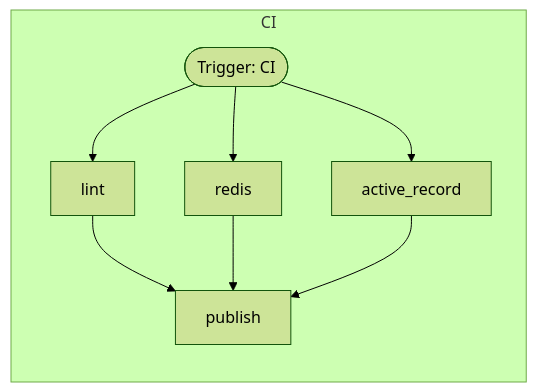
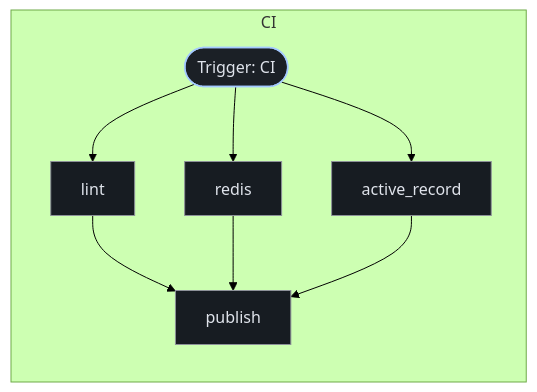
The third of 3 diagrams in exports/latest/reports/discourse-rails_failover-report.md (kumarshaz/atruss-code-atlas), drawn with Mermaid (forest theme) before and after one commit. The commit also changed other lines of this file and 331 other files, not shown here.

Commit message:
docs,ui,fix: update SDLC docs, reorder CI/CD DAG first, stylize Mermaid, and fix Arc42 pipeline topology

````diff
--- a/exports/latest/reports/discourse-rails_failover-report.md
+++ b/exports/latest/reports/discourse-rails_failover-report.md
@@ -165,17 +176,24 @@
 ```mermaid
 graph TD;
+  classDef atlasRoot fill:#004882,stroke:#a3c9ff,stroke-width:2px,color:#d3e4ff
+  classDef atlasCategory fill:#212428,stroke:#E87A48,stroke-width:1.5px,color:#dfe3eb
+  classDef atlasWorkflow fill:#1b2026,stroke:#a3c9ff,stroke-width:1.5px,color:#dfe3eb
+  classDef atlasJob fill:#171c22,stroke:#8d9199,stroke-width:1px,color:#dfe3eb
+  classDef atlasTarget fill:#005227,stroke:#8bd99b,stroke-width:1.5px,color:#a7f6b6
+  classDef atlasAlert fill:#93000a,stroke:#ffb4ab,stroke-width:1.5px,color:#ffdad6
+  classDef atlasMore fill:#252a31,stroke:#8d9199,stroke-dasharray:4 4,color:#c3c6cf
   subgraph CI_0["CI"]
     direction TB
-    0_lint["lint"]
-    0_redis["redis"]
-    0_active_record["active_record"]
-    0_publish["publish"]
+    0_lint["lint"]:::atlasJob
+    0_redis["redis"]:::atlasJob
+    0_active_record["active_record"]:::atlasJob
+    0_publish["publish"]:::atlasJob
     0_lint --> 0_publish
     0_redis --> 0_publish
     0_active_record --> 0_publish
-    wf_entry_0(["Trigger: CI"])
+    wf_entry_0(["Trigger: CI"]):::atlasWorkflow
     wf_entry_0 --> 0_lint
     wf_entry_0 --> 0_redis
     wf_entry_0 --> 0_active_record
   end
 ```
````
